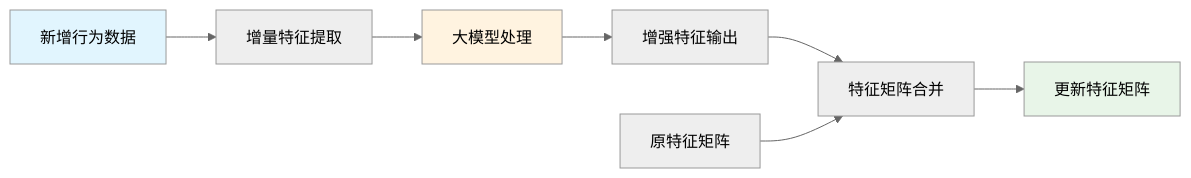
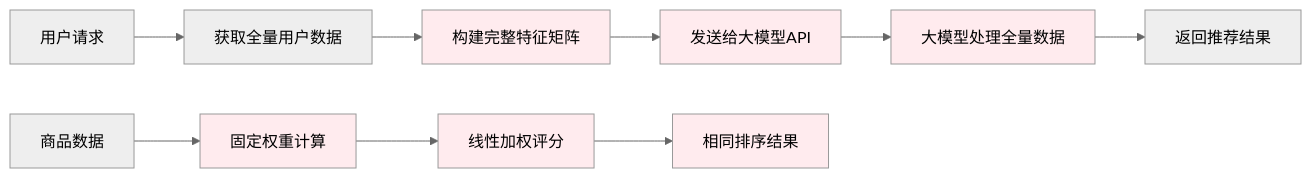
Before and after one commit to Abuluk/AI-: the second of 7 diagrams in 最终迭代计划书.md, drawn with Mermaid (neutral theme). The commit also changed other lines of this file and 12 other files, not shown here.

````diff
--- a/最终迭代计划书.md
+++ b/最终迭代计划书.md
@@ -36,13 +95,19 @@
 ```mermaid
 graph LR
-    A[新增行为数据] --> B[增量特征提取]
-    B --> C[大模型处理]
-    C --> D[增强特征输出]
-    D --> E[特征矩阵合并]
-    F[原特征矩阵] --> E
-    E --> G[更新特征矩阵]
+    A[用户请求] --> B[获取全量用户数据]
+    B --> C[构建完整特征矩阵]
+    C --> D[发送给大模型API]
+    D --> E[大模型处理全量数据]
+    E --> F[返回推荐结果]
     
-    style A fill:#e1f5fe
-    style C fill:#fff3e0
-    style G fill:#e8f5e8
+    G[商品数据] --> H[固定权重计算]
+    H --> I[线性加权评分]
+    I --> J[相同排序结果]
+    
+    style C fill:#ffebee
+    style D fill:#ffebee
+    style E fill:#ffebee
+    style H fill:#ffebee
+    style I fill:#ffebee
+    style J fill:#ffebee
 ```
````
